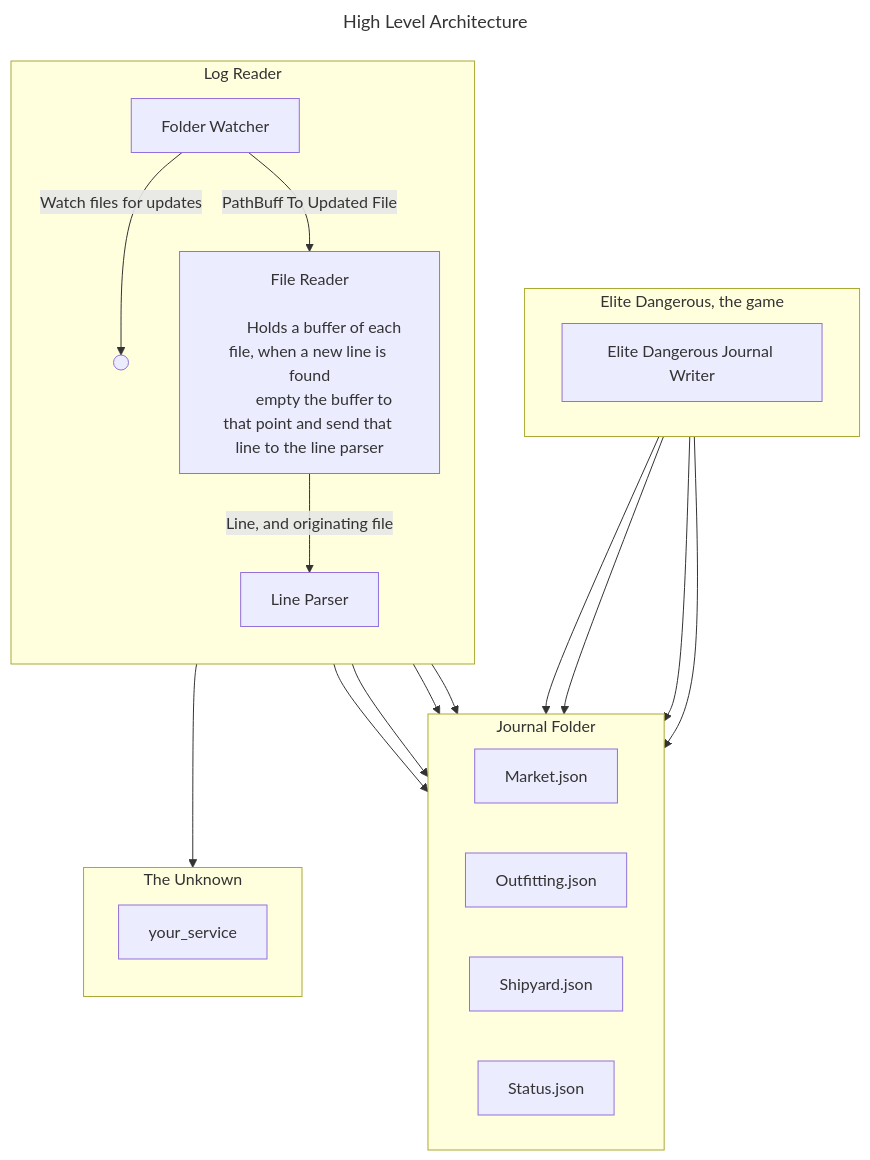
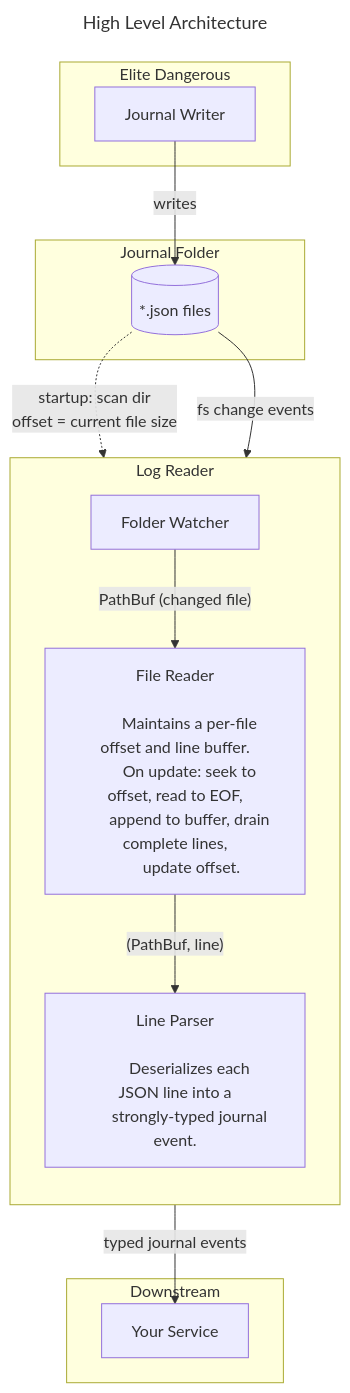
One commit to imcnaugh/watch_dir changed the diagram in README.md. Above: the diagram before and after it, drawn with Mermaid. The commit also changed other lines of this file, not shown here.

Commit message:
cleaning up the readme

````diff
--- a/README.md
+++ b/README.md
@@ -12,52 +20,47 @@
 ```mermaid
 ---
 title: High Level Architecture
 ---
-flowchart 
-    subgraph A["Elite Dangerous, the game"]
-        direction LR
-        ed_log_writer["Elite Dangerous Journal Writer"]
+flowchart TB
+    subgraph A["Elite Dangerous"]
+        ed_log_writer["Journal Writer"]
     end
 
     subgraph B["Journal Folder"]
-        direction LR
-        market_journal[Market.json]
-        outfitting_journal[Outfitting.json]
-        shipyard_journal[Shipyard.json]
-        status_journal[Status.json]
+        journal_files[("*.json files")]
     end
 
     subgraph C["Log Reader"]
         direction TB
-        
-        j_reader(( ))
+
         folder_watcher["Folder Watcher"]
+
         file_reader["File Reader
-        
-        Holds a buffer of each file, when a new line is found
-        empty the buffer to that point and send that line to the line parser"]
-        line_parser["Line Parser"]
 
-        folder_watcher -->|PathBuff To Updated File| file_reader
-        file_reader --> |Line, and originating file|line_parser
+        Maintains a per-file offset and line buffer.
+        On update: seek to offset, read to EOF,
+        append to buffer, drain complete lines,
+        update offset."]
+
+        line_parser["Line Parser
+
+        Deserializes each JSON line into a
+        strongly-typed journal event."]
+
+        folder_watcher -->|"PathBuf (changed file)"| file_reader
+        file_reader -->|"(PathBuf, line)"| line_parser
     end
-    
-    subgraph D["The Unknown"]
-        direction TB
-        
-        your_service
+
+    subgraph D["Downstream"]
+        your_service["Your Service"]
     end
-    
-    ed_log_writer --> market_journal
-    ed_log_writer --> outfitting_journal
-    ed_log_writer --> shipyard_journal
-    ed_log_writer --> status_journal
 
-    folder_watcher -->|Watch files for updates| j_reader
-    j_reader --> market_journal
-    j_reader --> outfitting_journal
-    j_reader --> shipyard_journal
-    j_reader --> status_journal
-    
-    line_parser --> your_service
+    ed_log_writer -->|writes| journal_files
+
+    journal_files -.->|"startup: scan dir
+    offset = current file size"| file_reader
+
+    journal_files -->|"fs change events"| folder_watcher
+
+    line_parser -->|"typed journal events"| your_service
 ```
````
